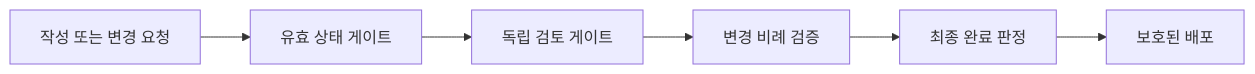
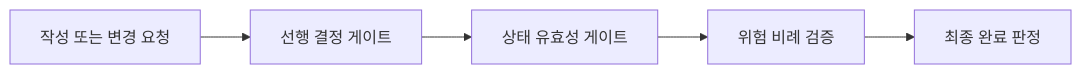
One commit to haandol/alps-writer-mcp changed the diagram in docs/adr/delivery/development-flow/0001-safe-proportional-development-gates.md. Above: the diagram before and after it, drawn with Mermaid. The commit also changed other lines of this file and 59 other files, not shown here.

````diff
--- a/docs/adr/delivery/development-flow/0001-safe-proportional-development-gates.md
+++ b/docs/adr/delivery/development-flow/0001-safe-proportional-development-gates.md
@@ -27,11 +27,10 @@
 ```mermaid
 flowchart LR
     Input[작성 또는 변경 요청]
-    Valid[유효 상태 게이트]
-    Independent[독립 검토 게이트]
-    Verify[변경 비례 검증]
+    Prerequisite[선행 결정 게이트]
+    Valid[상태 유효성 게이트]
+    Verify[위험 비례 검증]
     Complete[최종 완료 판정]
-    Publish[보호된 배포]
 
-    Input --> Valid --> Independent --> Verify --> Complete --> Publish
+    Input --> Prerequisite --> Valid --> Verify --> Complete
 ```
````
